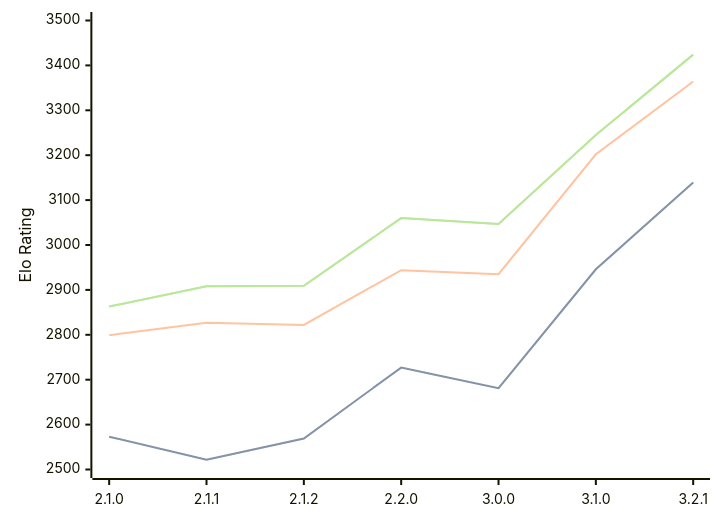
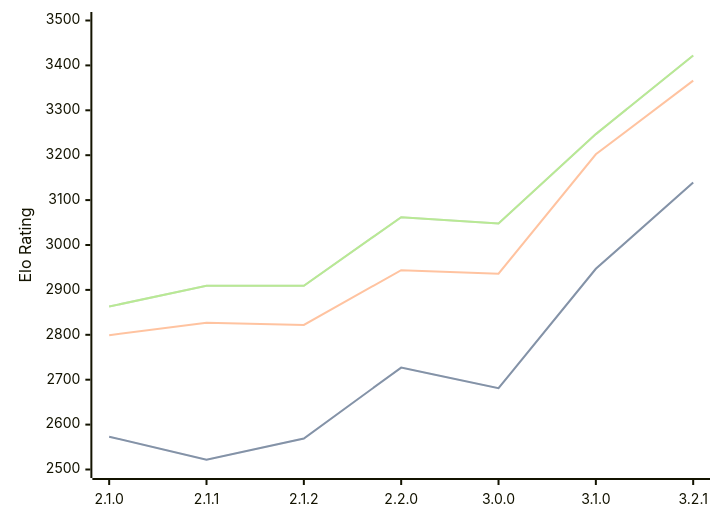
Before and after one commit to computer-chess-index/cci: the diagram in engines/Prune.md, drawn with Mermaid. The commit also changed other lines of this file, not shown here.

Commit message:
Update CCI Ratings (ELO VLTC) - 2026-04-19

````diff
--- a/engines/Prune.md
+++ b/engines/Prune.md
@@ -42,11 +42,11 @@
 ```mermaid
 %%{init: {"theme":"base","themeVariables":{"seriesColors:['#a3a3a3','#222221','#faa371']}}}%%
 xychart-beta
   x-axis ["2.1.0", "2.1.1", "2.1.2", "2.2.0", "3.0.0", "3.1.0", "3.2.1"]
   y-axis "Elo Rating" 2500 --> 3500
-  line "STC (8.0+0.08s)" [2573, 2522, 2569, 2727, 2681, 2946, 3139]
-  line "STC (8.0+0.08s)" [2573, 2522, 2569, 2727, 2681, 2946, 3139]
-  line "LTC (60.0+0.60s)" [2799, 2827, 2822, 2944, 2935, 3202, 3364]
-  line "VLTC (2m24s+1.12s)" [2863, 2908, 2909, 3060, 3047, 3245, 3424]
-  line "VLTC (2m24s+1.12s)" [2863, 2908, 2909, 3060, 3047, 3245, 3424]
+  line "STC (8.0+0.08s)" [2573, 2522, 2569, 2727, 2681, 2947, 3139]
+  line "STC (8.0+0.08s)" [2573, 2522, 2569, 2727, 2681, 2947, 3139]
+  line "LTC (60.0+0.60s)" [2799, 2827, 2822, 2944, 2936, 3202, 3366]
+  line "VLTC (2m24s+1.12s)" [2863, 2909, 2909, 3062, 3048, 3247, 3422]
+  line "VLTC (2m24s+1.12s)" [2863, 2909, 2909, 3062, 3048, 3247, 3422]
 ```
````
